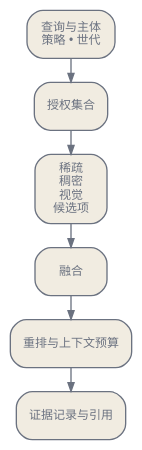
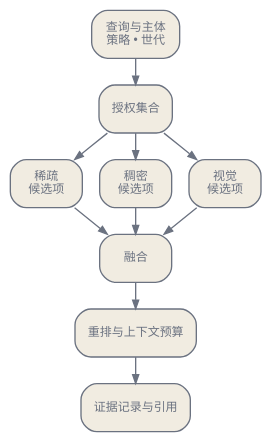
One commit to latere-ai/ai-as-an-infrastructure changed the third of 3 diagrams in zh/practice/06-retrieval-and-documents.qmd. Above: the diagram before and after it, drawn with Graphviz. The commit also changed other lines of this file and 1 other file, not shown here.

````diff
--- a/zh/practice/06-retrieval-and-documents.qmd
+++ b/zh/practice/06-retrieval-and-documents.qmd
@@ -130,20 +143,26 @@
 ```{dot}
 //| label: fig-retrieval-query
 //| fig-cap: "查询路径只从授权集合中生成候选项，并记录此后的每项决定。"
 digraph {
   bgcolor="transparent";
   rankdir=TB;
-  graph [nodesep=0.18, ranksep=0.25];
+  graph [nodesep=0.18, ranksep=0.28];
   node [shape=box, style="rounded,filled", fontname="Helvetica", fontsize=9,
         color="#6b7280", fontcolor="#6b7280", fillcolor="#f1ece1",
         penwidth=1.0, margin="0.12,0.08"];
   edge [color="#6b7280", arrowsize=0.65];
   Q [label="查询与主体\n策略 • 世代"];
   U [label="授权集合"];
-  C [label="稀疏\n稠密\n视觉\n候选项"];
+  CS [label="稀疏\n候选项"];
+  CD [label="稠密\n候选项"];
+  CV [label="视觉\n候选项"];
   F [label="融合"];
   R [label="重排与上下文预算"];
   E [label="证据记录与引用"];
-  Q -> U -> C -> F -> R -> E;
+  { rank=same; CS; CD; CV; }
+  Q -> U;
+  U -> CS; U -> CD; U -> CV;
+  CS -> F; CD -> F; CV -> F;
+  F -> R -> E;
 }
 ```
````
